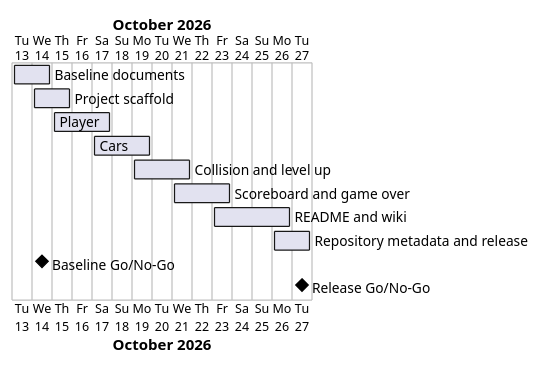
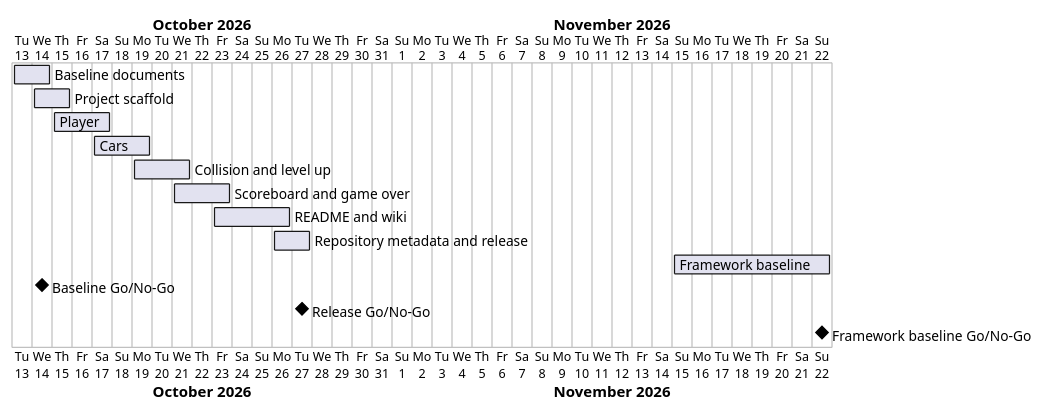
The diagram in docs/project-plan.md (Tirsvad-Udemy-100-days-of-code/023-turtle-crossing), drawn with PlantUML before and after one commit. The commit also changed other lines of this file and 50 other files, not shown here.

First line of the commit message:
Bring the project to the framework baseline (MIL-009)

````diff
--- a/docs/project-plan.md
+++ b/docs/project-plan.md
@@ -45,15 +51,17 @@
 ```plantuml
 @startgantt
 Project starts 2026-10-13
 [Baseline documents] starts 2026-10-13 and ends 2026-10-14
 [Project scaffold] starts 2026-10-14 and ends 2026-10-15
 [Player] starts 2026-10-15 and ends 2026-10-17
 [Cars] starts 2026-10-17 and ends 2026-10-19
 [Collision and level up] starts 2026-10-19 and ends 2026-10-21
 [Scoreboard and game over] starts 2026-10-21 and ends 2026-10-23
 [README and wiki] starts 2026-10-23 and ends 2026-10-26
 [Repository metadata and release] starts 2026-10-26 and ends 2026-10-27
+[Framework baseline] starts 2026-11-15 and ends 2026-11-22
 [Baseline Go/No-Go] happens 2026-10-14
 [Release Go/No-Go] happens 2026-10-27
+[Framework baseline Go/No-Go] happens 2026-11-22
 @endgantt
 ```
````
